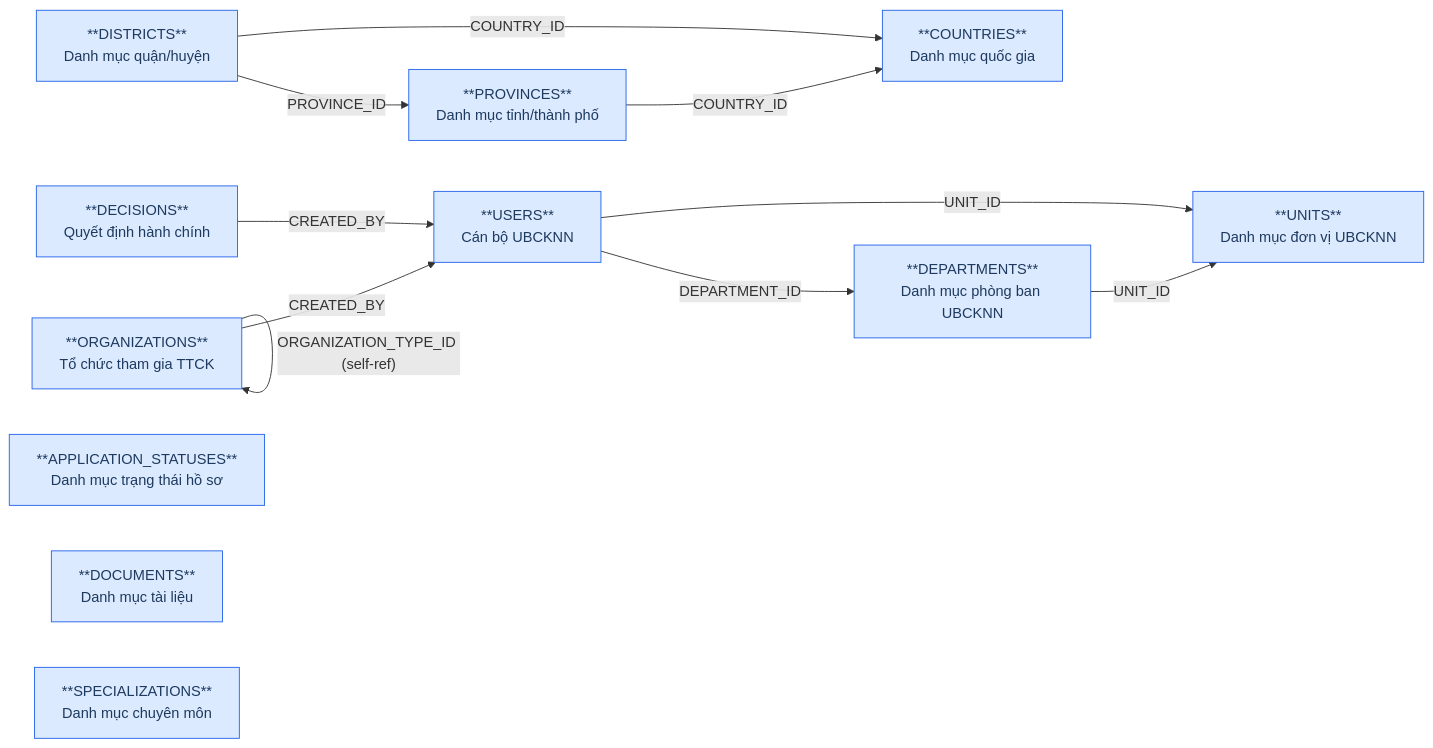
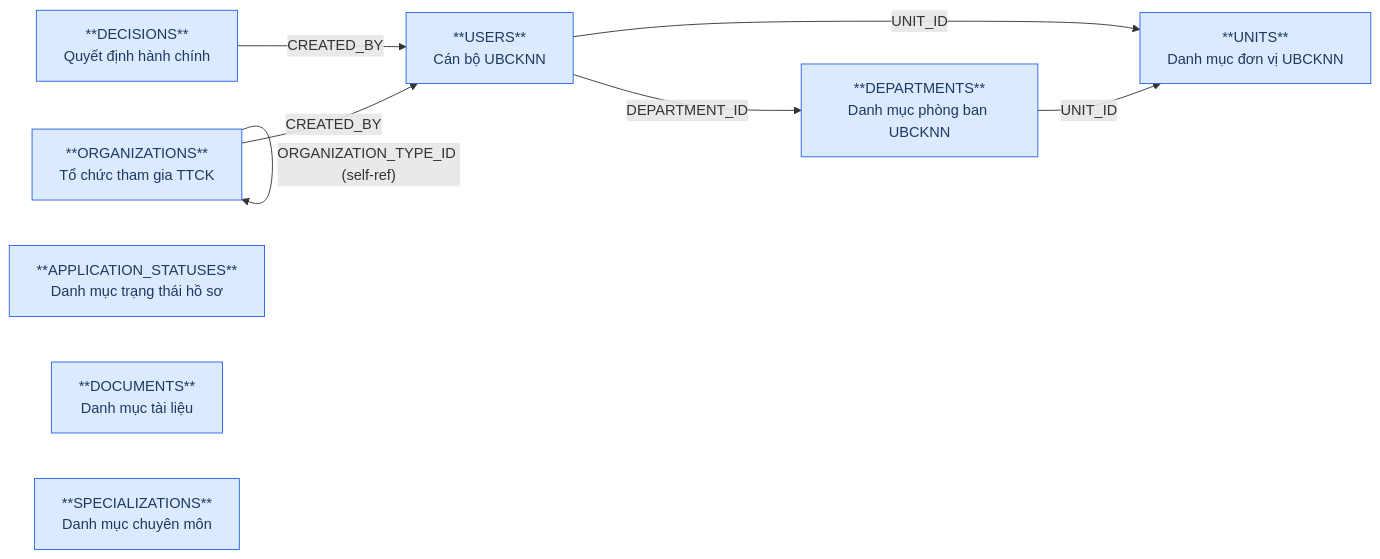
The first of 2 diagrams in DataModel/working/Atomic/hld/NHNCK_HLD_Tier1.md (linhlvit/ubck_atomic_design), drawn with Mermaid before and after one commit. The commit also changed other lines of this file and 110 other files, not shown here.

````diff
--- a/DataModel/working/Atomic/hld/NHNCK_HLD_Tier1.md
+++ b/DataModel/working/Atomic/hld/NHNCK_HLD_Tier1.md
@@ -30,26 +32,20 @@
 ```mermaid
 graph LR
     classDef src fill:#dbeafe,stroke:#2563eb,color:#1e3a5f
 
-    COUNTRIES["**COUNTRIES**\nDanh mục quốc gia"]:::src
-    PROVINCES["**PROVINCES**\nDanh mục tỉnh/thành phố"]:::src
-    DISTRICTS["**DISTRICTS**\nDanh mục quận/huyện"]:::src
     UNITS["**UNITS**\nDanh mục đơn vị UBCKNN"]:::src
     DEPARTMENTS["**DEPARTMENTS**\nDanh mục phòng ban UBCKNN"]:::src
     ORGANIZATIONS["**ORGANIZATIONS**\nTổ chức tham gia TTCK"]:::src
     DECISIONS["**DECISIONS**\nQuyết định hành chính"]:::src
     USERS["**USERS**\nCán bộ UBCKNN"]:::src
     APPLICATION_STATUSES["**APPLICATION_STATUSES**\nDanh mục trạng thái hồ sơ"]:::src
     DOCUMENTS["**DOCUMENTS**\nDanh mục tài liệu"]:::src
     SPECIALIZATIONS["**SPECIALIZATIONS**\nDanh mục chuyên môn"]:::src
-    PROVINCES -->|"COUNTRY_ID"| COUNTRIES
-    DISTRICTS -->|"COUNTRY_ID"| COUNTRIES
-    DISTRICTS -->|"PROVINCE_ID"| PROVINCES
     DEPARTMENTS -->|"UNIT_ID"| UNITS
     USERS -->|"UNIT_ID"| UNITS
     USERS -->|"DEPARTMENT_ID"| DEPARTMENTS
     DECISIONS -->|"CREATED_BY"| USERS
     ORGANIZATIONS -->|"CREATED_BY"| USERS
     ORGANIZATIONS -->|"PARENT_ID (self-ref)"| ORGANIZATIONS
     ORGANIZATIONS -->|"ORGANIZATION_TYPE_ID (self-ref)"| ORGANIZATIONS
 ```
````
